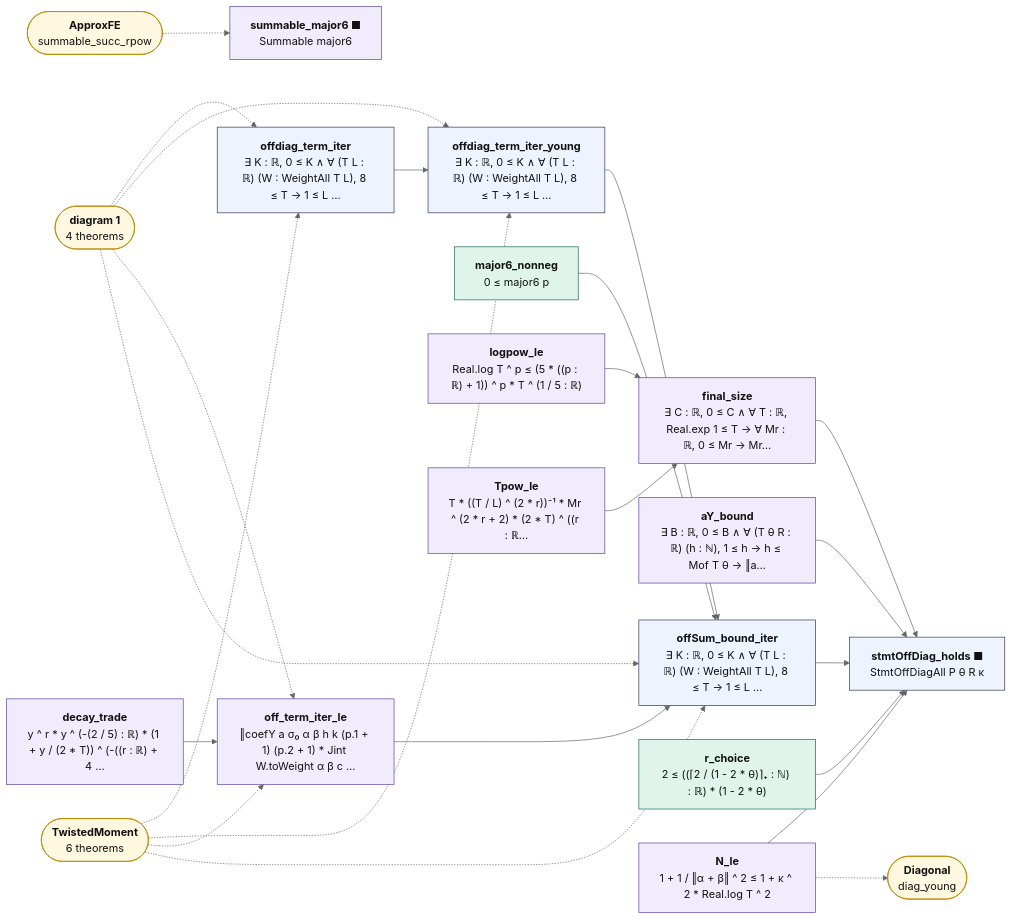
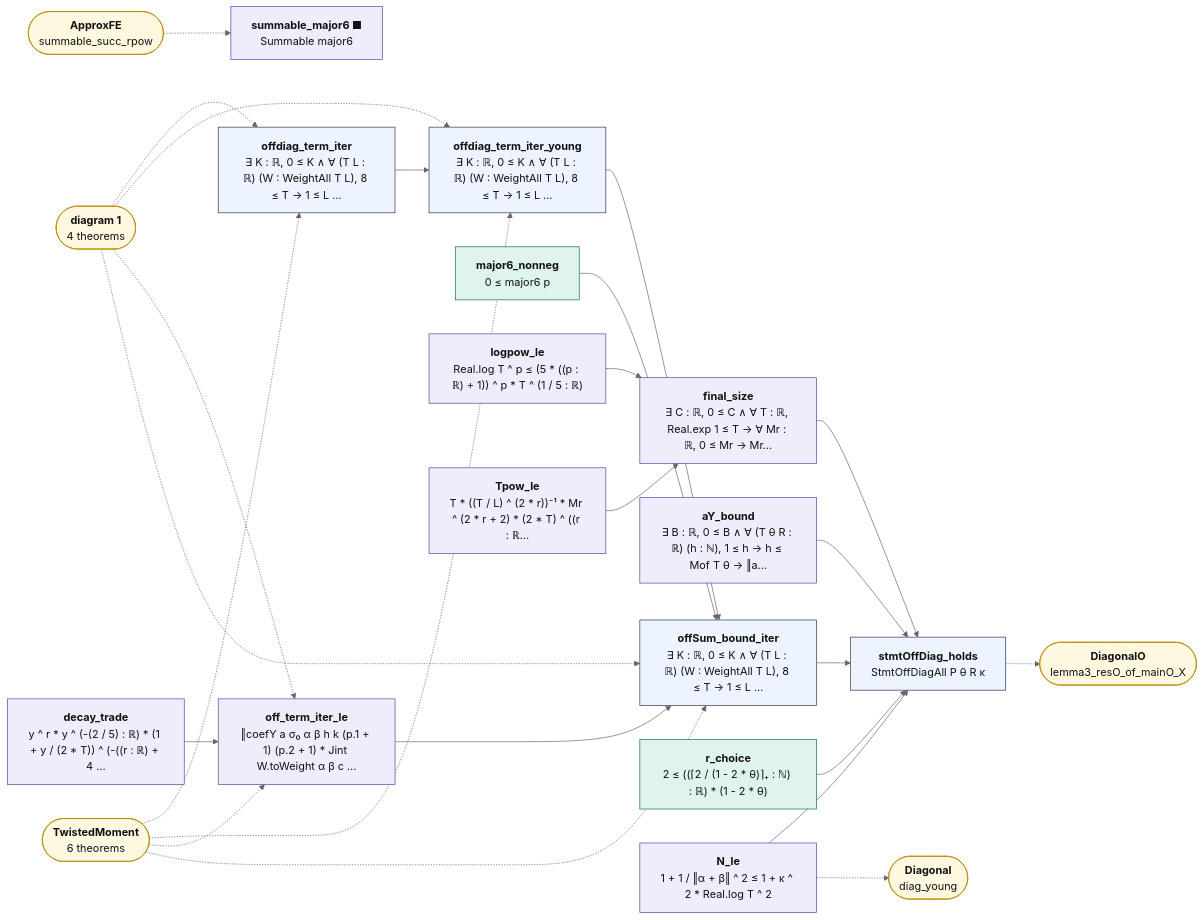
Before and after one commit to juliansambranojr/Primebeat_081426: the diagram in map/lean_stage3/OffDiagClose.2.mmd, drawn with Mermaid (neutral theme). The commit also changed 21 other files, not shown here.

```diff
--- a/map/lean_stage3/OffDiagClose.2.mmd
+++ b/map/lean_stage3/OffDiagClose.2.mmd
@@ -1,49 +1,51 @@
 flowchart LR
   n0["<b>offdiag_term_iter</b><br/>∃ K : ℝ, 0 ≤ K ∧ ∀ (T L : ℝ) (W : WeightAll T L), 8 ≤ T → 1 ≤ L …"]:::thm
   n1["<b>offdiag_term_iter_young</b><br/>∃ K : ℝ, 0 ≤ K ∧ ∀ (T L : ℝ) (W : WeightAll T L), 8 ≤ T → 1 ≤ L …"]:::thm
   n2["<b>major6_nonneg</b><br/>0 ≤ major6 p"]:::cnt
   n3["<b>summable_major6 ■</b><br/>Summable major6"]:::shp
   n4["<b>decay_trade</b><br/>y ^ r * y ^ (-(2 / 5) : ℝ) * (1 + y / (2 * T)) ^ (-((r : ℝ) + 4 …"]:::shp
   n5["<b>off_term_iter_le</b><br/>‖coefY a σ₀ α β h k (p.1 + 1) (p.2 + 1) * Jint W.toWeight α β c …"]:::shp
   n6["<b>offSum_bound_iter</b><br/>∃ K : ℝ, 0 ≤ K ∧ ∀ (T L : ℝ) (W : WeightAll T L), 8 ≤ T → 1 ≤ L …"]:::thm
   n7["<b>aY_bound</b><br/>∃ B : ℝ, 0 ≤ B ∧ ∀ (T θ R : ℝ) (h : ℕ), 1 ≤ h → h ≤ Mof T θ → ‖a…"]:::shp
   n8["<b>logpow_le</b><br/>Real.log T ^ p ≤ (5 * ((p : ℝ) + 1)) ^ p * T ^ (1 / 5 : ℝ)"]:::shp
   n9["<b>Tpow_le</b><br/>T * ((T / L) ^ (2 * r))⁻¹ * Mr ^ (2 * r + 2) * (2 * T) ^ ((r : ℝ…"]:::shp
   n10["<b>final_size</b><br/>∃ C : ℝ, 0 ≤ C ∧ ∀ T : ℝ, Real.exp 1 ≤ T → ∀ Mr : ℝ, 0 ≤ Mr → Mr…"]:::shp
   n11["<b>r_choice</b><br/>2 ≤ ((⌈2 / (1 - 2 * θ)⌉₊ : ℕ) : ℝ) * (1 - 2 * θ)"]:::cnt
   n12["<b>N_le</b><br/>1 + 1 / ‖α + β‖ ^ 2 ≤ 1 + κ ^ 2 * Real.log T ^ 2"]:::shp
-  n13["<b>stmtOffDiag_holds ■</b><br/>StmtOffDiagAll P θ R κ"]:::thm
+  n13["<b>stmtOffDiag_holds</b><br/>StmtOffDiagAll P θ R κ"]:::thm
   x0(["<b>diagram 1</b><br/>4 theorems"]):::ext
   x1(["<b>TwistedMoment</b><br/>6 theorems"]):::ext
   x2(["<b>ApproxFE</b><br/>summable_succ_rpow"]):::ext
   x3(["<b>Diagonal</b><br/>diag_young"]):::ext
+  x4(["<b>DiagonalO</b><br/>lemma3_resO_of_mainO_X"]):::ext
   n0 --> n1
   n1 --> n6
   n10 --> n13
   n11 --> n13
   n12 --> n13
   n2 --> n6
   n4 --> n5
   n5 --> n6
   n6 --> n13
   n7 --> n13
   n8 --> n10
   n9 --> n10
   n12 -.-> x3
+  n13 -.-> x4
   x0 -.-> n0
   x0 -.-> n1
   x0 -.-> n5
   x0 -.-> n6
   x1 -.-> n0
   x1 -.-> n1
   x1 -.-> n5
   x1 -.-> n6
   x2 -.-> n3
   classDef cnt fill:#dff5ec,stroke:#17694a,color:#111
   classDef shp fill:#f1ecfb,stroke:#5b3fa0,color:#111
   classDef rh fill:#ffe5e5,stroke:#c22,color:#111,stroke-width:2px
   classDef thm fill:#eef4ff,stroke:#335,color:#111
   classDef end_ fill:#e7f7e7,stroke:#2a7,color:#111,stroke-width:2px
   classDef lone fill:#fff,stroke:#999,color:#111,stroke-dasharray:4 3
   classDef bad fill:#ffe5e5,stroke:#c22,color:#111,stroke-width:2px
   classDef ext fill:#fff8e1,stroke:#b80,color:#111
```
